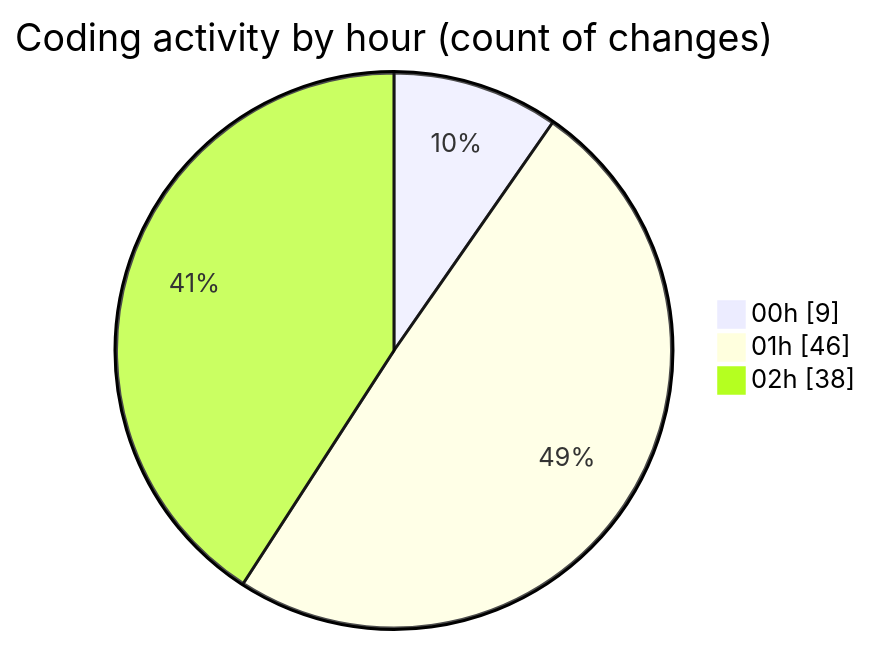
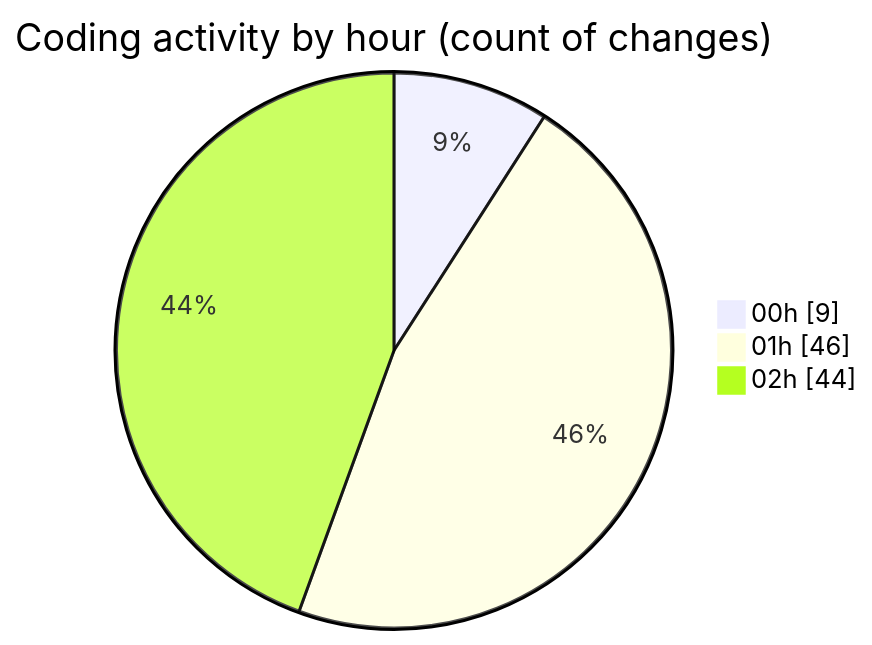
One commit to julien-gomy/code-tracking changed the second of 2 diagrams in 2025-11-18/eventscop-frontend-guide__workspace_/README.md. Above: the diagram before and after it, drawn with Mermaid. The commit also changed other lines of this file and 1 other file, not shown here.

````diff
--- a/2025-11-18/eventscop-frontend-guide__workspace_/README.md
+++ b/2025-11-18/eventscop-frontend-guide__workspace_/README.md
@@ -40,7 +44,7 @@
 ```mermaid
 pie showData
 title Coding activity by hour (count of changes)
 "00h" : 9
 "01h" : 46
-"02h" : 38
+"02h" : 44
 ```
````
